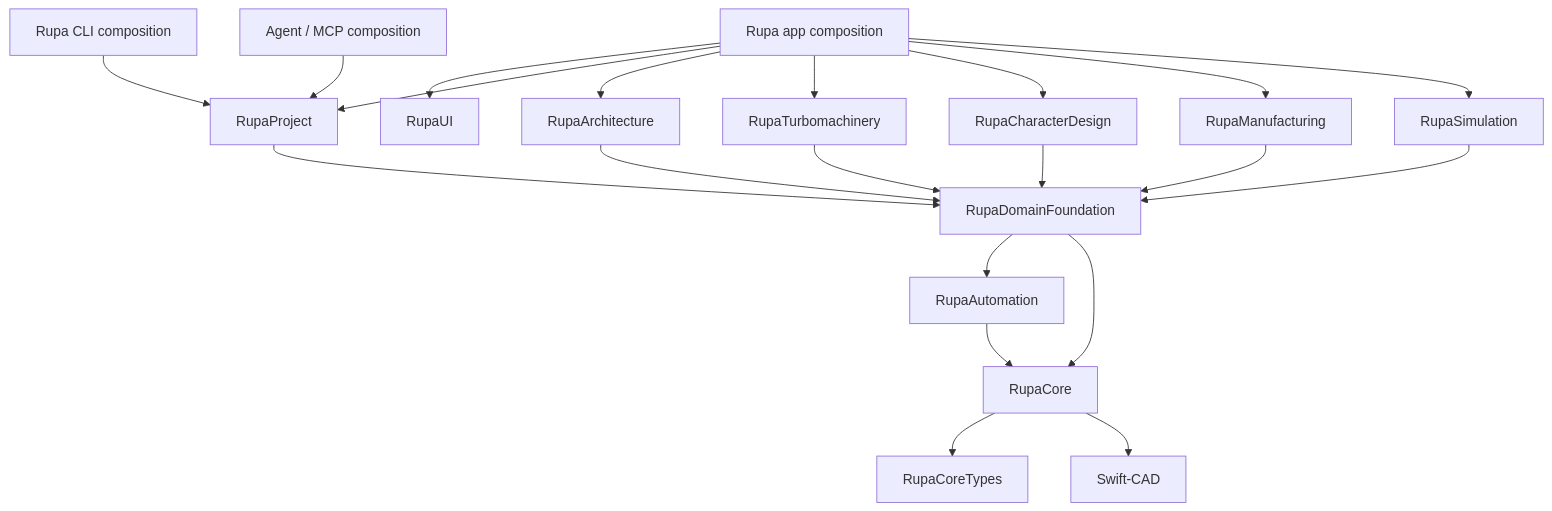
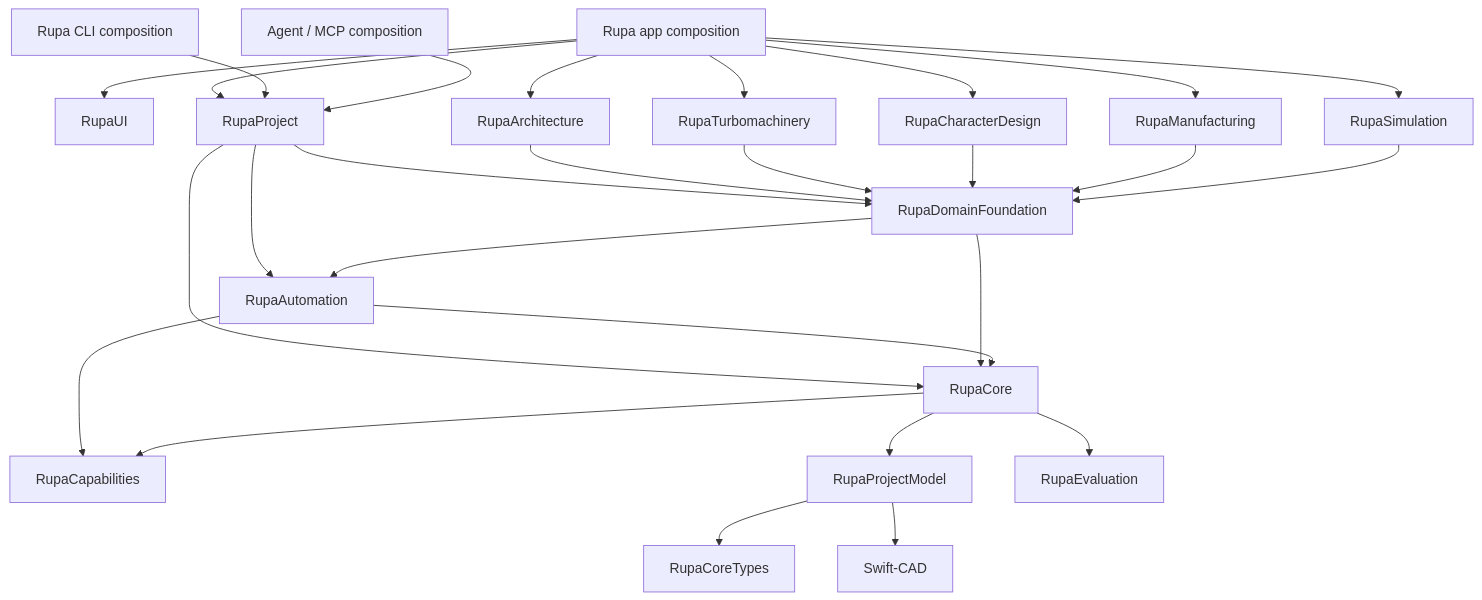
One commit to 1amageek/Rupa changed the second of 10 diagrams in Rupa/DOMAIN_EXTENSION_ARCHITECTURE.md. Above: the diagram before and after it, drawn with Mermaid. The commit also changed other lines of this file and 11 other files, not shown here.

Commit message:
Design universal 3D architecture

````diff
--- a/Rupa/DOMAIN_EXTENSION_ARCHITECTURE.md
+++ b/Rupa/DOMAIN_EXTENSION_ARCHITECTURE.md
@@ -53,26 +53,32 @@
 ```mermaid
 flowchart TD
     App["Rupa app composition"] --> UI["RupaUI"]
     App --> Project["RupaProject"]
     App --> DomainA["RupaArchitecture"]
     App --> DomainB["RupaTurbomachinery"]
     App --> DomainC["RupaCharacterDesign"]
     App --> DomainM["RupaManufacturing"]
     App --> DomainS["RupaSimulation"]
 
     CLI["Rupa CLI composition"] --> Project
     Agent["Agent / MCP composition"] --> Project
     Project --> DomainFoundation
+    Project --> Automation
+    Project --> Core
 
     DomainA --> DomainFoundation["RupaDomainFoundation"]
     DomainB --> DomainFoundation
     DomainC --> DomainFoundation
     DomainM --> DomainFoundation
     DomainS --> DomainFoundation
 
     DomainFoundation --> Automation["RupaAutomation"]
     DomainFoundation --> Core["RupaCore"]
     Automation --> Core
-    Core --> CoreTypes["RupaCoreTypes"]
-    Core --> SwiftCAD["Swift-CAD"]
+    Automation --> Capabilities["RupaCapabilities"]
+    Core --> ProjectModel["RupaProjectModel"]
+    Core --> Evaluation["RupaEvaluation"]
+    Core --> Capabilities
+    ProjectModel --> CoreTypes["RupaCoreTypes"]
+    ProjectModel --> SwiftCAD["Swift-CAD"]
 ```
````
